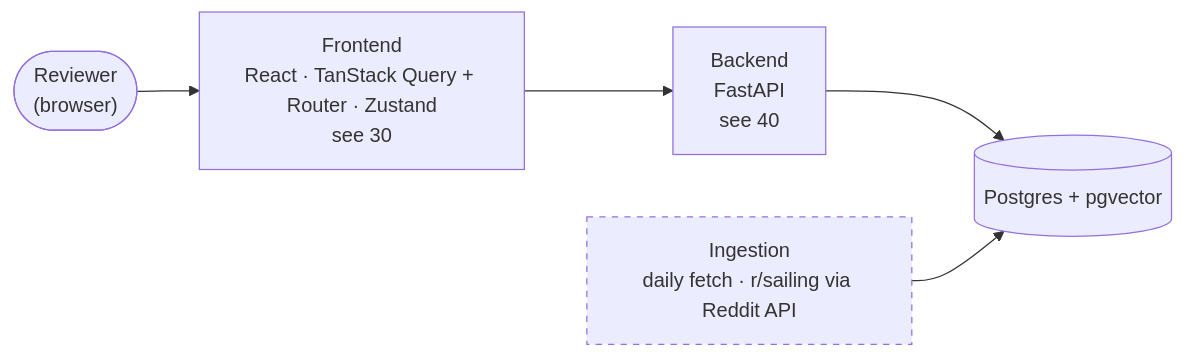
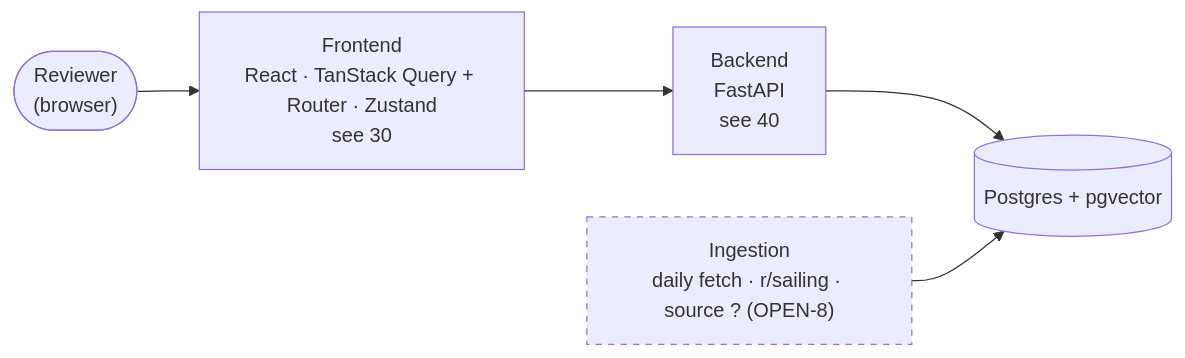
The diagram in docs/atlas/01-system-map.md (brianaderer/transcendent), drawn with Mermaid before and after one commit. The commit also changed other lines of this file and 2 other files, not shown here.

Commit message:
Atlas: OPEN-8 where r/sailing's posts come from (Reddit API needs approval)

````diff
--- a/docs/atlas/01-system-map.md
+++ b/docs/atlas/01-system-map.md
@@ -9,16 +9,16 @@
 ```mermaid
 flowchart LR
     USER(["Reviewer<br/>(browser)"])
     FE["Frontend<br/>React · TanStack Query + Router · Zustand<br/>see 30"]
     API["Backend<br/>FastAPI<br/>see 40"]
     STORE[("Postgres + pgvector")]
-    INGEST["Ingestion<br/>daily fetch · r/sailing via Reddit API"]
+    INGEST["Ingestion<br/>daily fetch · r/sailing · source ? (OPEN-8)"]
 
     USER --> FE
     FE --> API
     API --> STORE
     INGEST --> STORE
 
     classDef open stroke-dasharray: 5 5
     class INGEST open
 ```
````
